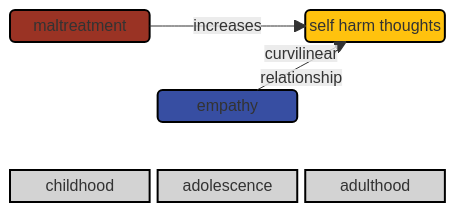
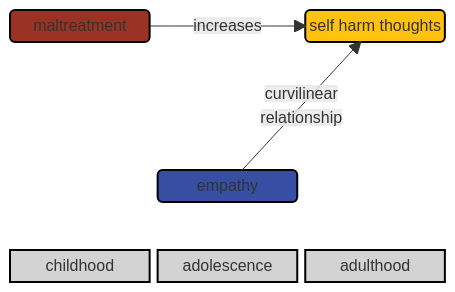
Before and after one commit to agrogan1/closeread: the second of 3 diagrams in empathy/README.md, drawn with Mermaid.

````diff
--- a/empathy/README.md
+++ b/empathy/README.md
@@ -37,26 +37,28 @@
 ```mermaid
 block
   columns 3
   m space sh
+  space space space
+  space space space
   space space space
   space e space
   space space space
   childhood adolescence adulthood
 
   m("maltreatment") -- "increases" --> sh("self harm thoughts")
 
   e("empathy") -- "curvilinear <br>relationship" --> sh
 
   style m fill:#9A3324,stroke:#000000,stroke-width:2px,color:#FFFFFF;
 
   style e fill:#374EA2,stroke:#000000,stroke-width:2px,color:#FFFFFF;
 
   style sh fill:#FFC20E,stroke:#000000,stroke-width:2px,color:#000000;
 
   style childhood fill:#D3D3D3,stroke:#000000,stroke-width:2px,color:#000000;
 
   style adolescence fill:#D3D3D3,stroke:#000000,stroke-width:2px,color:#000000;
 
   style adulthood fill:#D3D3D3,stroke:#000000,stroke-width:2px,color:#000000;
 
 ```
````
